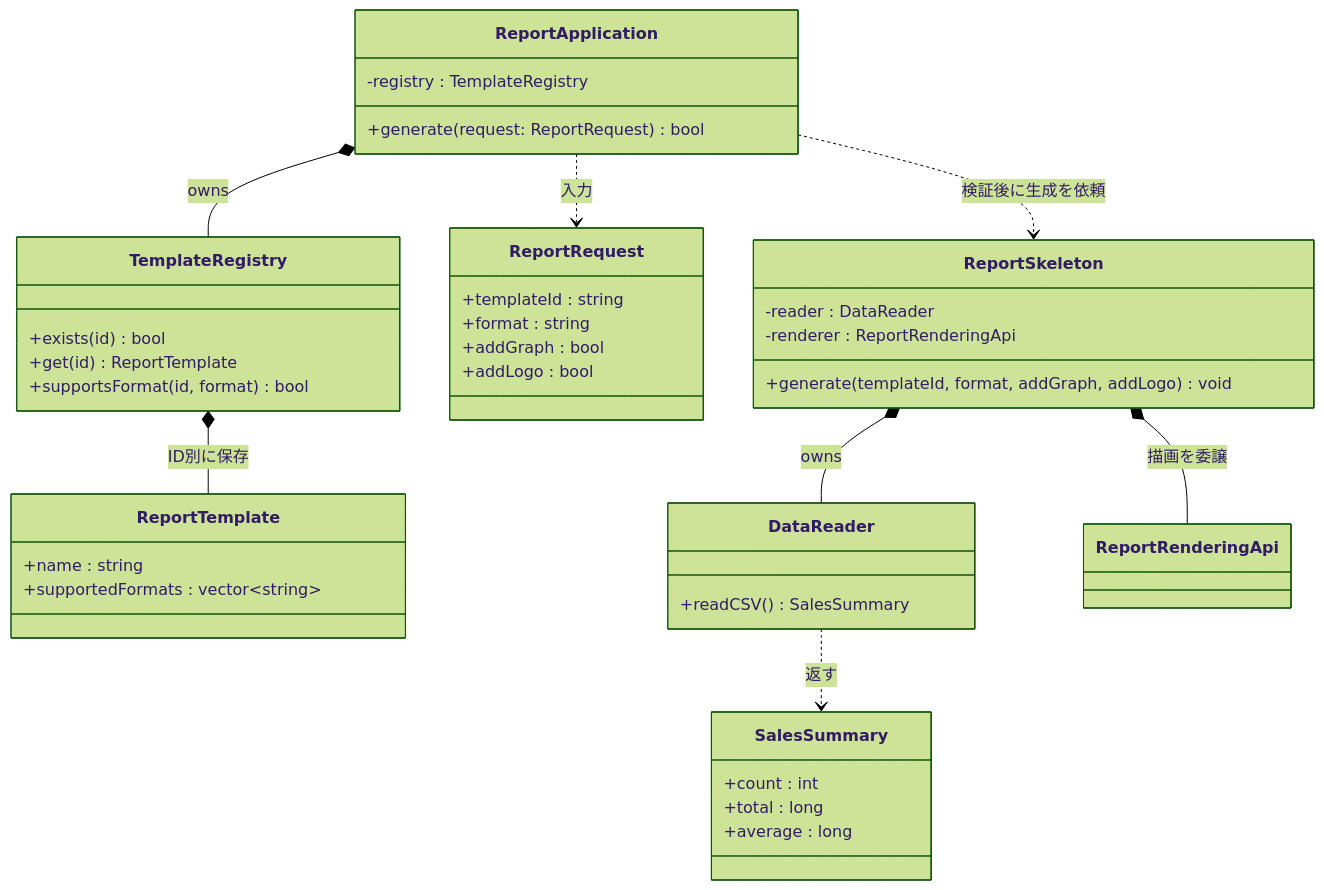
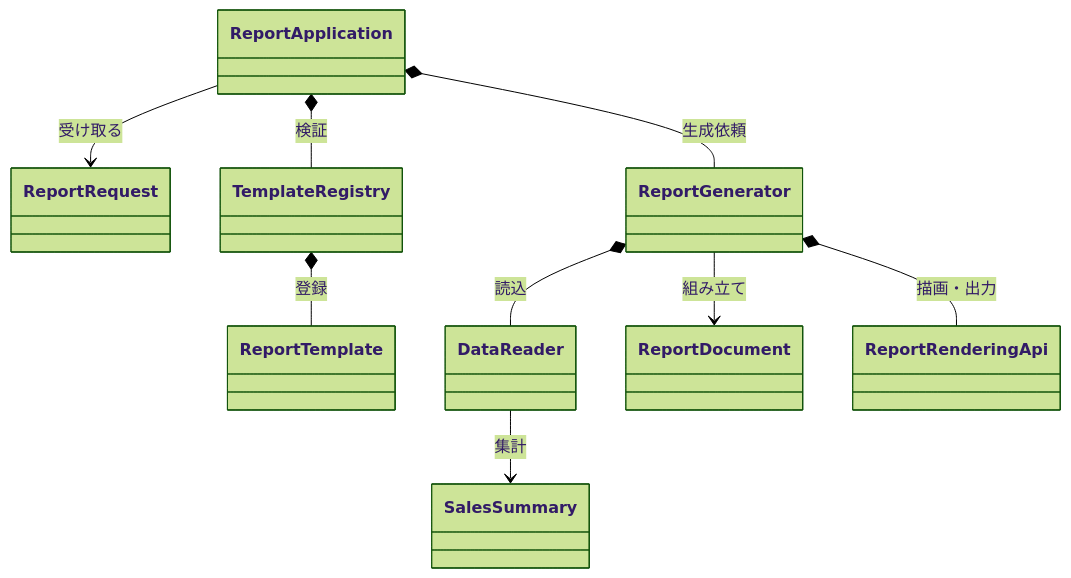
One commit to kumachan1101-pixel/DesignPattern changed the third of 12 diagrams in kindle/design-patterns/output/chapter11.md. Above: the diagram before and after it, drawn with Mermaid (forest theme). The commit also changed other lines of this file and 23 other files, not shown here.

````diff
--- a/kindle/design-patterns/output/chapter11.md
+++ b/kindle/design-patterns/output/chapter11.md
@@ -214,43 +137,25 @@
 ```mermaid
 classDiagram
+    direction TB
+    class ReportApplication
+    class ReportRequest
+    class TemplateRegistry
+    class ReportTemplate
+    class ReportGenerator
+    class DataReader
+    class SalesSummary
+    class ReportDocument
     class ReportRenderingApi
-    class SalesSummary {
-        +count : int
-        +total : long
-        +average : long
-    }
-    class ReportTemplate {
-        +name : string
-        +supportedFormats : vector~string~
-    }
-    class ReportSkeleton {
-        -reader : DataReader
-        -renderer : ReportRenderingApi
-        +generate(templateId, format, addGraph, addLogo) void
-    }
-    class ReportRequest {
-        +templateId : string
-        +format : string
-        +addGraph : bool
-        +addLogo : bool
-    }
-    class ReportApplication {
-        -registry : TemplateRegistry
-        +generate(request: ReportRequest) bool
-    }
-    class DataReader {
-        +readCSV() SalesSummary
-    }
-    class TemplateRegistry {
-        +exists(id) bool
-        +get(id) ReportTemplate
-        +supportsFormat(id, format) bool
-    }
-    ReportApplication *-- TemplateRegistry : owns
-    ReportApplication ..> ReportRequest : 入力
-    ReportApplication ..> ReportSkeleton : 検証後に生成を依頼
-    ReportSkeleton *-- DataReader : owns
-    ReportSkeleton *-- ReportRenderingApi : 描画を委譲
-    DataReader ..> SalesSummary : 返す
-    TemplateRegistry *-- ReportTemplate : ID別に保存
+
+    ReportApplication --> ReportRequest : 受け取る
+    ReportApplication *-- TemplateRegistry : 検証
+    TemplateRegistry *-- ReportTemplate : 登録
+    ReportApplication *-- ReportGenerator : 生成依頼
+    ReportGenerator *-- DataReader : 読込
+    DataReader --> SalesSummary : 集計
+    ReportGenerator --> ReportDocument : 組み立て
+    ReportGenerator *-- ReportRenderingApi : 描画・出力
+
+    classDef focus fill:#FFF2CC,stroke:#D6B656,stroke-width:2px,color:#222
+    cssClass "ReportGenerator" focus
 ```
````
